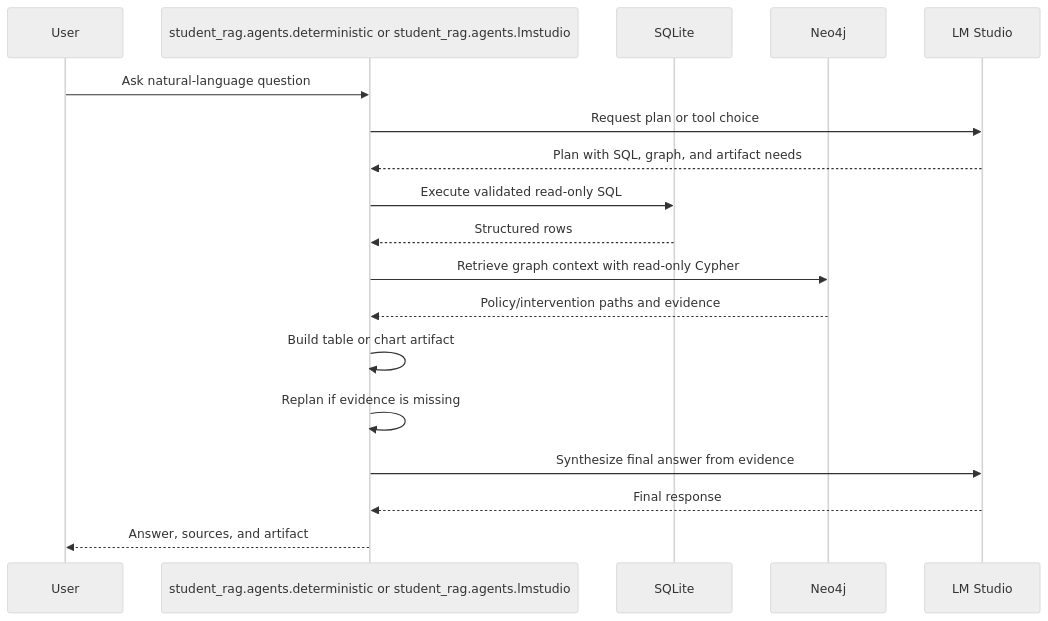
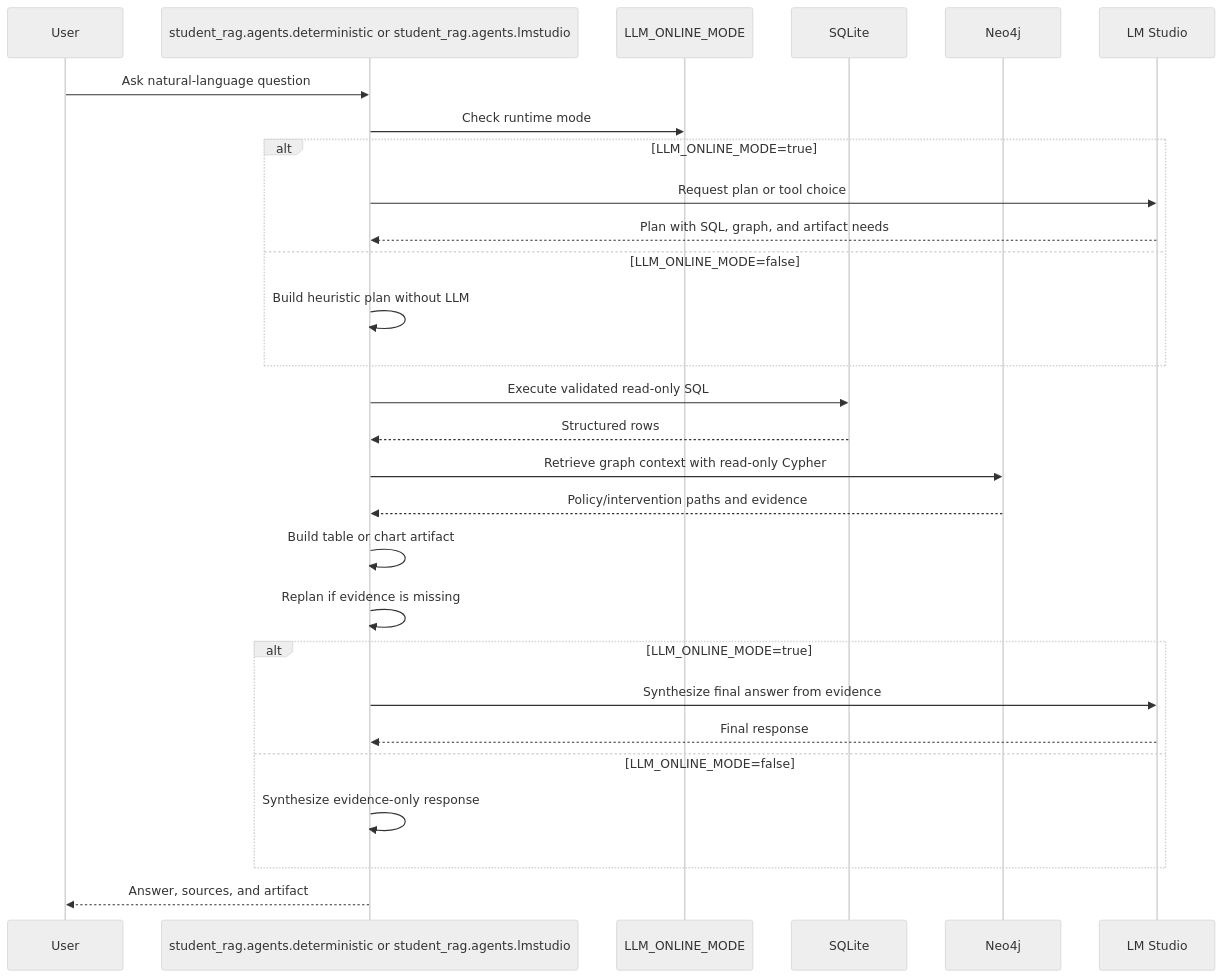
The fourth of 7 diagrams in docs/DESIGN.md (DuongPhanHoai/rag_assistant), drawn with Mermaid (neutral theme) before and after one commit. The commit also changed other lines of this file and 9 other files, not shown here.

Commit message:
add LLM_ONLINE_MODE

````diff
--- a/docs/DESIGN.md
+++ b/docs/DESIGN.md
@@ -282,21 +287,31 @@
 ```mermaid
 sequenceDiagram
     participant User
     participant Agent as student_rag.agents.deterministic or student_rag.agents.lmstudio
+    participant Mode as LLM_ONLINE_MODE
     participant SQLite as SQLite
     participant Neo4j as Neo4j
     participant LLM as LM Studio
 
     User->>Agent: Ask natural-language question
-    Agent->>LLM: Request plan or tool choice
-    LLM-->>Agent: Plan with SQL, graph, and artifact needs
+    Agent->>Mode: Check runtime mode
+    alt LLM_ONLINE_MODE=true
+        Agent->>LLM: Request plan or tool choice
+        LLM-->>Agent: Plan with SQL, graph, and artifact needs
+    else LLM_ONLINE_MODE=false
+        Agent->>Agent: Build heuristic plan without LLM
+    end
     Agent->>SQLite: Execute validated read-only SQL
     SQLite-->>Agent: Structured rows
     Agent->>Neo4j: Retrieve graph context with read-only Cypher
     Neo4j-->>Agent: Policy/intervention paths and evidence
     Agent->>Agent: Build table or chart artifact
     Agent->>Agent: Replan if evidence is missing
-    Agent->>LLM: Synthesize final answer from evidence
-    LLM-->>Agent: Final response
+    alt LLM_ONLINE_MODE=true
+        Agent->>LLM: Synthesize final answer from evidence
+        LLM-->>Agent: Final response
+    else LLM_ONLINE_MODE=false
+        Agent->>Agent: Synthesize evidence-only response
+    end
     Agent-->>User: Answer, sources, and artifact
 ```
````
